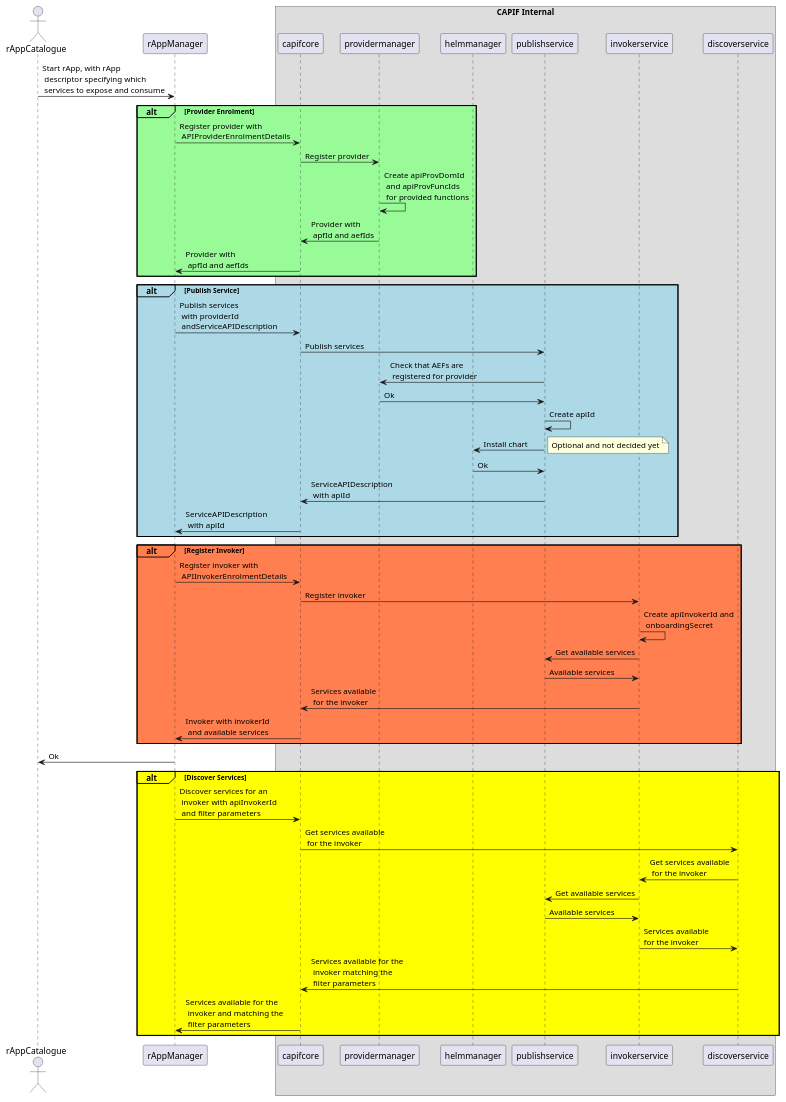
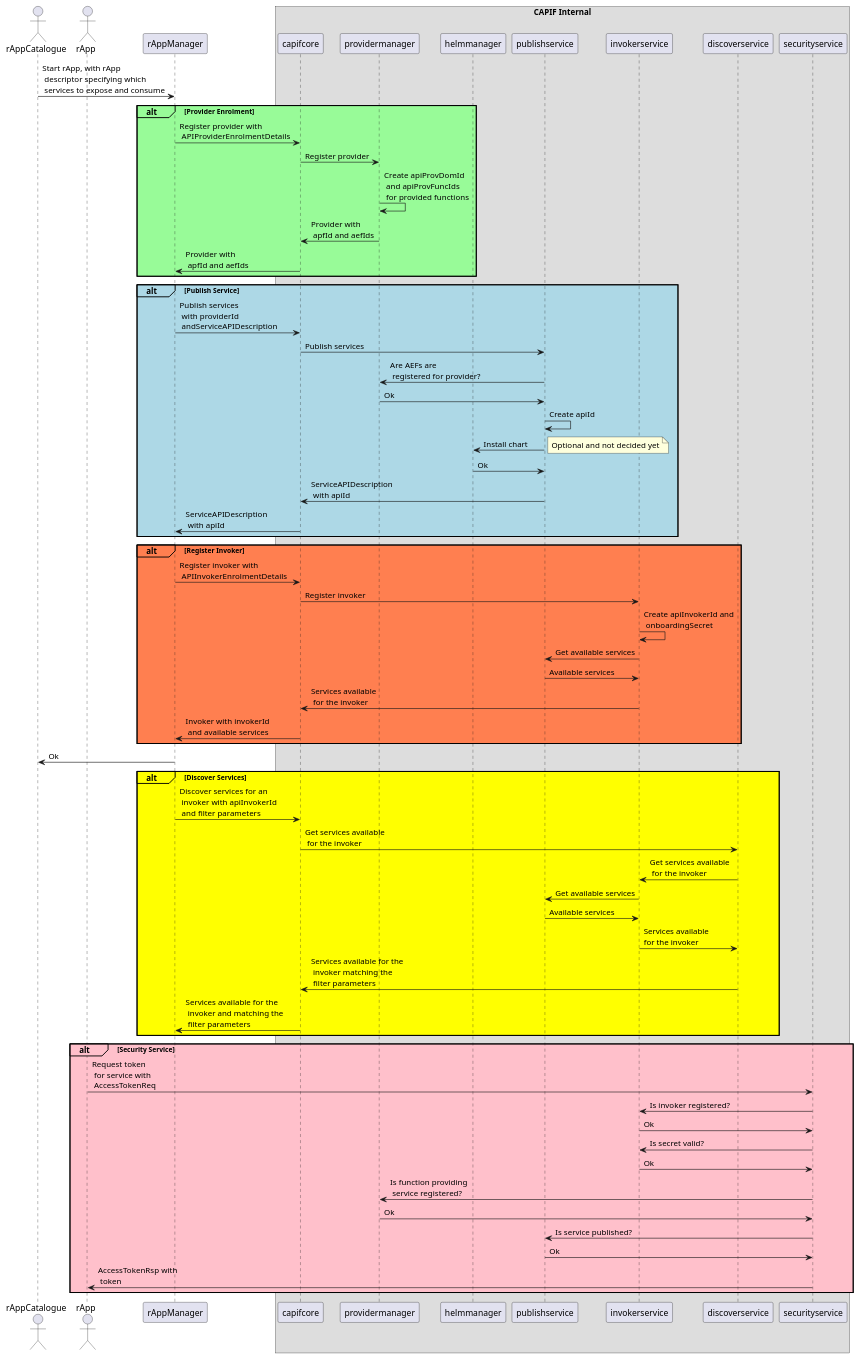
The diagram in capifcore/docs/diagrams/registerpoviderandpublishservice.plantuml (o-ran-sc/nonrtric-plt-sme), drawn with PlantUML before and after one commit. The commit also changed 3 other files, not shown here.

First line of the commit message:
Add Security Service to diagrams

```diff
--- a/capifcore/docs/diagrams/registerpoviderandpublishservice.plantuml
+++ b/capifcore/docs/diagrams/registerpoviderandpublishservice.plantuml
@@ -1,54 +1,69 @@
 @startuml Register Provider
 actor rAppCatalogue
+actor rApp
 participant rAppManager
 box "CAPIF Internal"
 participant capifcore
 participant providermanager
 participant helmmanager
 participant publishservice
 participant invokerservice
 participant discoverservice
+participant securityservice
 end box
 
 rAppCatalogue->rAppManager: Start rApp, with rApp\n descriptor specifying which\n services to expose and consume
 alt#paleGreen #paleGreen Provider Enrolment
     rAppManager->capifcore: Register provider with\n APIProviderEnrolmentDetails
     capifcore->providermanager:Register provider
     providermanager->providermanager: Create apiProvDomId\n and apiProvFuncIds\n for provided functions
     providermanager->capifcore: Provider with\n apfId and aefIds
     capifcore->rAppManager: Provider with\n apfId and aefIds
 end
 alt#LightBlue #LightBlue Publish Service
     rAppManager->capifcore: Publish services\n with providerId\n andServiceAPIDescription
     capifcore->publishservice: Publish services
-    publishservice->providermanager: Check that AEFs are\n registered for provider
+    publishservice->providermanager: Are AEFs are\n registered for provider?
     providermanager->publishservice: Ok
     publishservice->publishservice: Create apiId
     publishservice->helmmanager: Install chart
     note right: Optional and not decided yet
     helmmanager->publishservice: Ok
     publishservice->capifcore: ServiceAPIDescription\n with apiId
     capifcore->rAppManager: ServiceAPIDescription\n with apiId
 end
 alt#coral #coral Register Invoker
     rAppManager->capifcore: Register invoker with\n APIInvokerEnrolmentDetails
     capifcore->invokerservice: Register invoker
     invokerservice->invokerservice: Create apiInvokerId and\n onboardingSecret
     invokerservice->publishservice: Get available services
     publishservice->invokerservice: Available services
     invokerservice->capifcore: Services available\n for the invoker
     capifcore->rAppManager: Invoker with invokerId\n and available services
 end
 rAppManager->rAppCatalogue: Ok
 
 alt#Yellow #Yellow Discover Services
     rAppManager->capifcore: Discover services for an\n invoker with apiInvokerId\n and filter parameters
     capifcore->discoverservice: Get services available\n for the invoker
     discoverservice->invokerservice: Get services available\n for the invoker
     invokerservice->publishservice: Get available services
     publishservice->invokerservice: Available services
     invokerservice->discoverservice: Services available \nfor the invoker
     discoverservice->capifcore: Services available for the\n invoker matching the\n filter parameters
     capifcore->rAppManager: Services available for the\n invoker and matching the\n filter parameters
 end
+
+alt#Pink #Pink Security Service
+    rApp->securityservice: Request token\n for service with\n AccessTokenReq
+    securityservice->invokerservice: Is invoker registered?
+    invokerservice->securityservice: Ok
+    securityservice->invokerservice: Is secret valid?
+    invokerservice->securityservice: Ok
+    securityservice->providermanager: Is function providing\n service registered?
+    providermanager->securityservice: Ok
+    securityservice->publishservice: Is service published?
+    publishservice->securityservice: Ok
+    securityservice->rApp: AccessTokenRsp with\n token
+end
 @enduml
```
